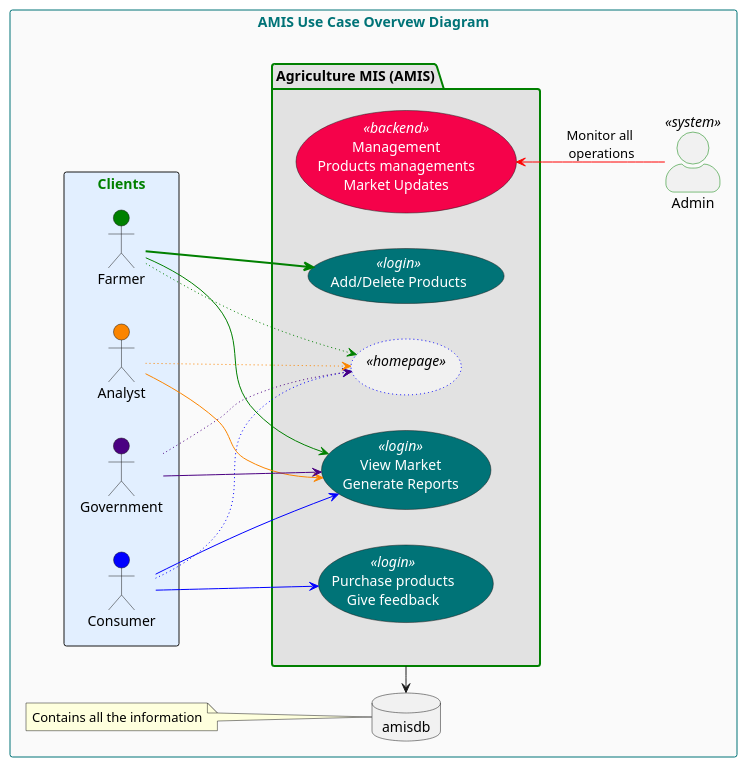
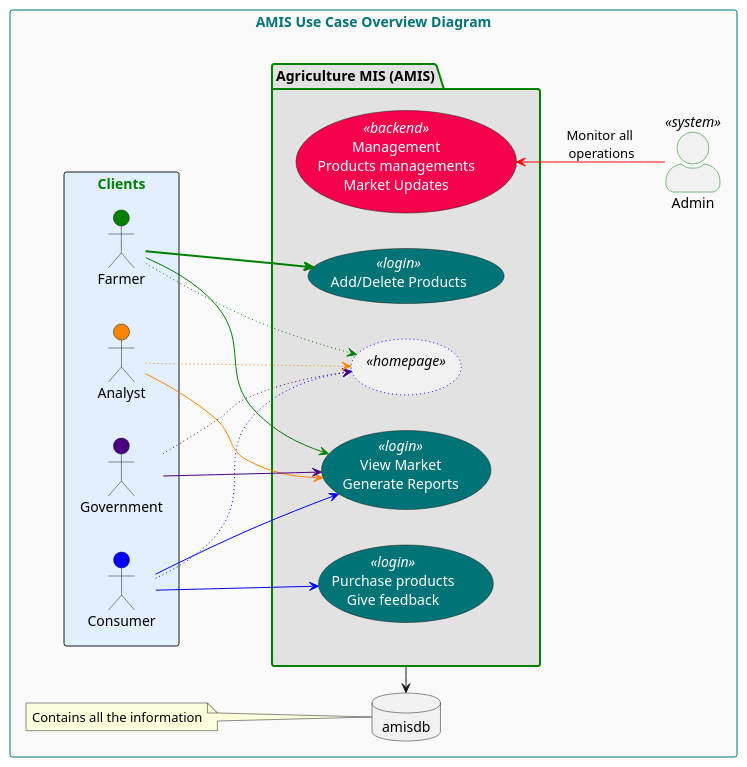
The first of 2 diagrams in .idea/uml-usecases/usecase-diagrams.md (MJCappella/AgriManagement-InfoSystem), drawn with PlantUML before and after one commit. The commit also changed 1 other file, not shown here.

Commit message:
Added detailed use cases

````diff
--- a/.idea/uml-usecases/usecase-diagrams.md
+++ b/.idea/uml-usecases/usecase-diagrams.md
@@ -1,40 +1,40 @@
 ``` puml
 @startuml
-rectangle "AMIS Use Case Overvew Diagram" #fafafa;text:007377;line:007377{
+rectangle "AMIS Use Case Overview Diagram" #fafafa;text:007377;line:007377{
     left to right direction
     rectangle "Clients" #e2efff;text:green{
         actor "Consumer" as cus #blue
         actor "Farmer" as frm #green
         actor "Government" as gok #indigo
         actor "Analyst" as anl #fb8500
     }
     package "Agriculture MIS (AMIS)" as amis #e2e2e2;line:green;line.bold {
         usecase UC0 as "Management\nProducts managements\nMarket Updates" << backend>> #f5024a;text:white
         usecase UC1 as " " <<homepage>> #line.dotted;line:blue
         usecase UC2 as "Purchase products\nGive feedback" <<login>> #007377;text:white
         usecase UC3 as "Add/Delete Products" <<login>> #007377;text:white
         usecase UC4 as "View Market\nGenerate Reports" <<login>> #007377;text:white
     }
     database amisdb
         note left
             Contains all the information
         end note
     amis -> amisdb
     cus --> UC1 #blue;line.dotted
     frm --> UC1 #green;line.dotted
     gok --> UC1 #indigo;line.dotted
     anl --> UC1 #fb8500;line.dotted
     cus --> UC2 #blue
     frm --> UC3 #green;line.bold
     frm -down-> UC4 #green
     anl -down-> UC4 #fb8500
     gok -down-> UC4 #indigo
     cus -down-> UC4 #blue
     skinparam actorStyle awesome
     :Admin:<<system>>#line:green 
     Admin -up-> (UC0) #red: Monitor all\n operations
 }
     
 @enduml
 
 ```
````
